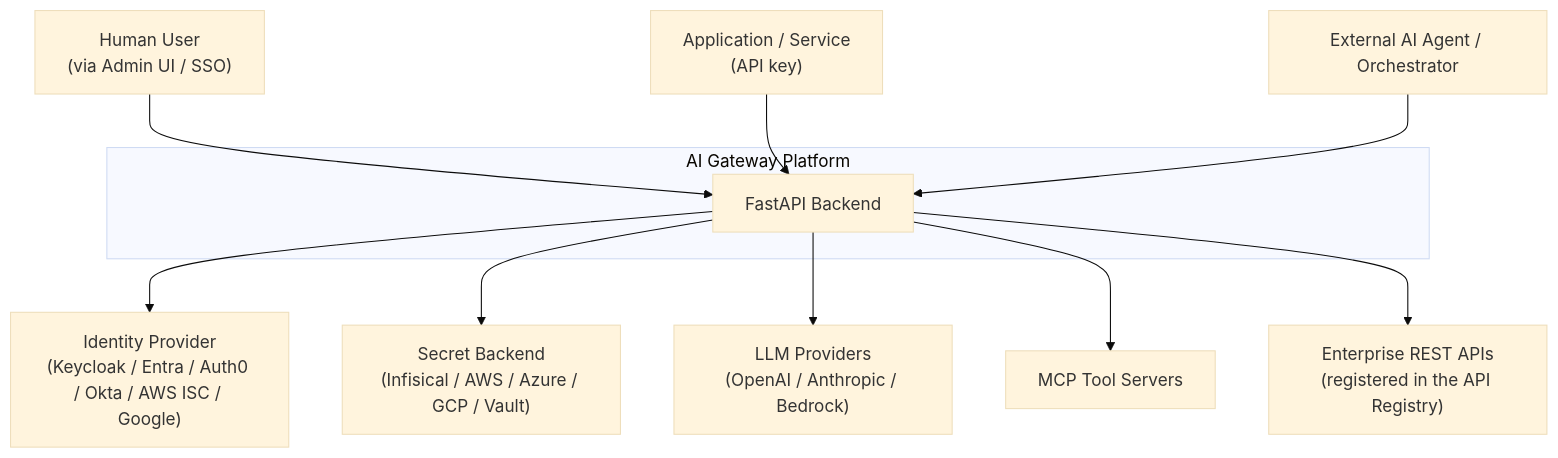
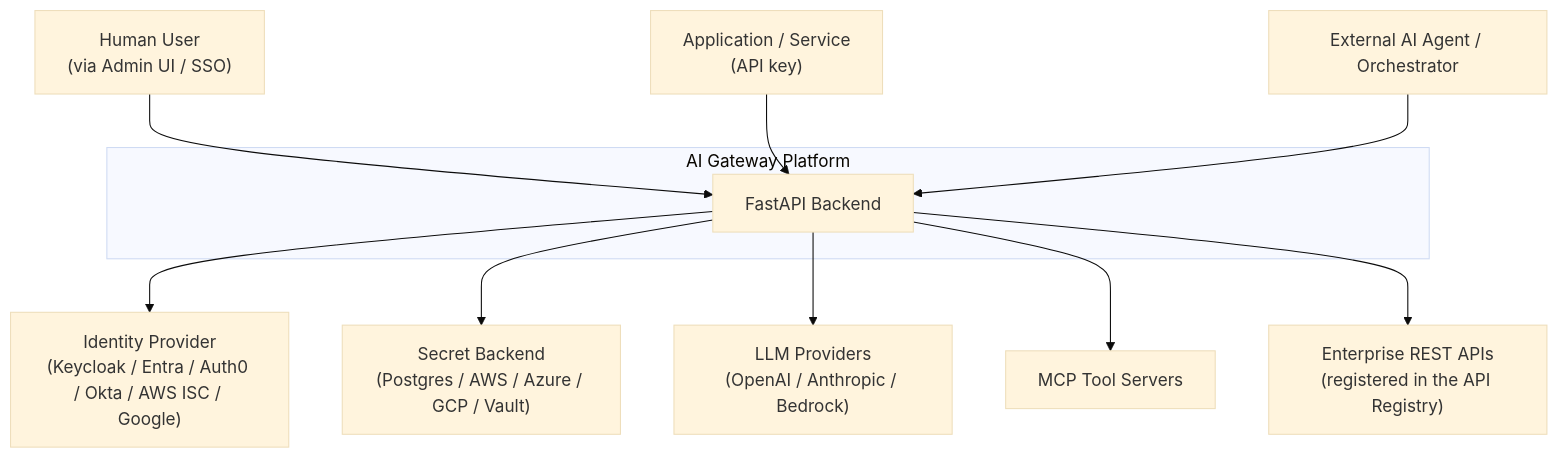
One commit to anitadc/llm_agent_mcp_gateway changed the first of 7 diagrams in doc/LLD.md. Above: the diagram before and after it, drawn with Mermaid (base theme). The commit also changed other lines of this file and 22 other files, not shown here.

First line of the commit message:
Replace Infisical secret provider with a Postgres-backed one

````diff
--- a/doc/LLD.md
+++ b/doc/LLD.md
@@ -13,25 +13,25 @@
 ```mermaid
 flowchart TB
     Human["Human User\n(via Admin UI / SSO)"]
     App["Application / Service\n(API key)"]
     Agent["External AI Agent / Orchestrator"]
 
     subgraph Platform["AI Gateway Platform"]
         GW["FastAPI Backend"]
     end
 
     IdP["Identity Provider\n(Keycloak / Entra / Auth0 / Okta / AWS ISC / Google)"]
-    Secrets["Secret Backend\n(Infisical / AWS / Azure / GCP / Vault)"]
+    Secrets["Secret Backend\n(Postgres / AWS / Azure / GCP / Vault)"]
     LLM["LLM Providers\n(OpenAI / Anthropic / Bedrock)"]
     MCP["MCP Tool Servers"]
     RestApis["Enterprise REST APIs\n(registered in the API Registry)"]
 
     Human --> GW
     App --> GW
     Agent --> GW
     GW --> IdP
     GW --> Secrets
     GW --> LLM
     GW --> MCP
     GW --> RestApis
 ```
````
